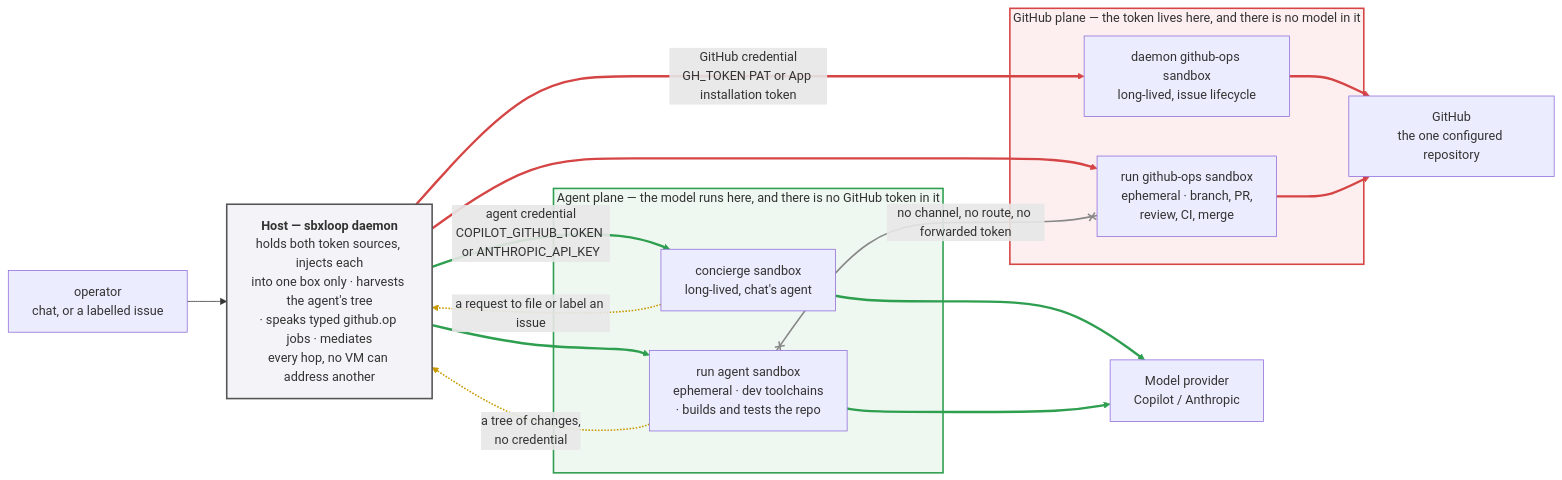
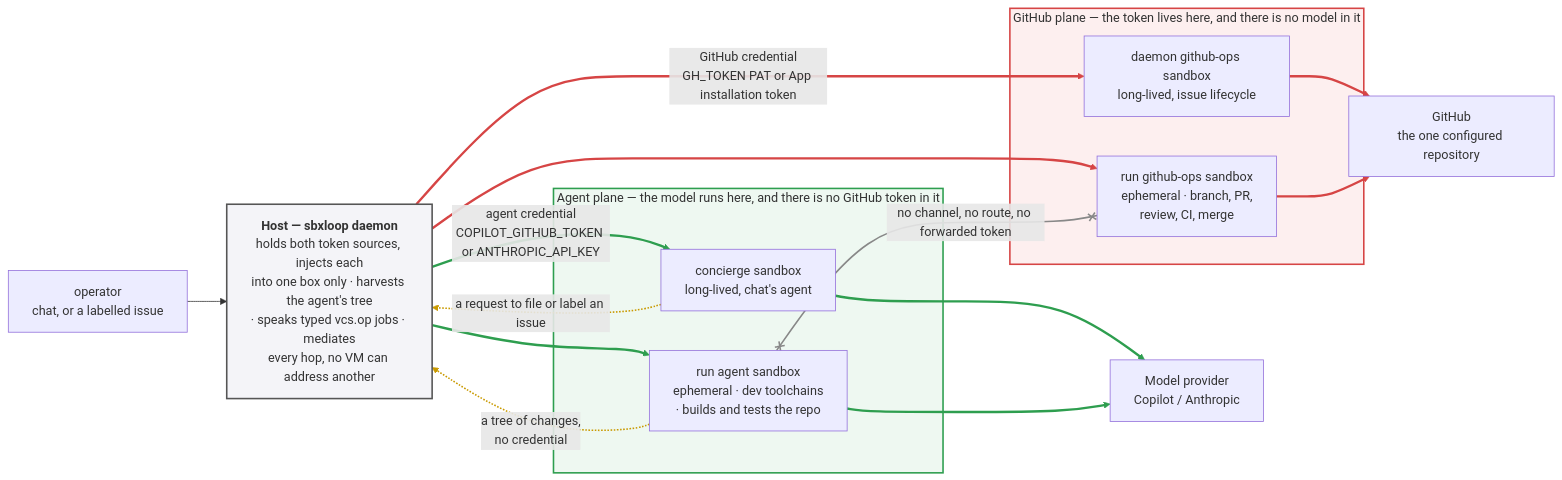
One commit to brettbergin/sbxloop changed the diagram in docs/architecture.md. Above: the diagram before and after it, drawn with Mermaid. The commit also changed other lines of this file and 10 other files, not shown here.

````diff
--- a/docs/architecture.md
+++ b/docs/architecture.md
@@ -114,41 +114,41 @@
 ```mermaid
 flowchart LR
     operator["operator<br/>chat, or a labelled issue"]
 
-    host["<b>Host — sbxloop daemon</b><br/>holds both token sources, injects each<br/>into one box only · harvests the agent's tree<br/>· speaks typed github.op jobs · mediates<br/>every hop, no VM can address another"]
+    host["<b>Host — sbxloop daemon</b><br/>holds both token sources, injects each<br/>into one box only · harvests the agent's tree<br/>· speaks typed vcs.op jobs · mediates<br/>every hop, no VM can address another"]
 
     subgraph green["Agent plane — the model runs here, and there is no GitHub token in it"]
         conc["concierge sandbox<br/>long-lived, chat's agent"]
         agent["run agent sandbox<br/>ephemeral · dev toolchains<br/>· builds and tests the repo"]
     end
 
     subgraph red["GitHub plane — the token lives here, and there is no model in it"]
         dgh["daemon github-ops sandbox<br/>long-lived, issue lifecycle"]
         ghbox["run github-ops sandbox<br/>ephemeral · branch, PR,<br/>review, CI, merge"]
     end
 
     model["Model provider<br/>Copilot / Anthropic"]
     gh["GitHub<br/>the one configured repository"]
 
     operator --> host
     host ==>|"agent credential<br/>COPILOT_GITHUB_TOKEN or ANTHROPIC_API_KEY"| conc
     host ==> agent
     conc ==> model
     agent ==> model
     host ==>|"GitHub credential<br/>GH_TOKEN PAT or App installation token"| dgh
     host ==> ghbox
     dgh ==> gh
     ghbox ==> gh
     agent -.->|"a tree of changes,<br/>no credential"| host
     conc -.->|"a request to file or label an issue"| host
     agent x-- "no channel, no route, no forwarded token" --x ghbox
 
     linkStyle 1,2,3,4 stroke:#2e9e4f,stroke-width:3px
     linkStyle 5,6,7,8 stroke:#d64545,stroke-width:3px
     linkStyle 9,10 stroke:#c99a00,stroke-width:2px
     linkStyle 11 stroke:#888,stroke-width:2px
 
     style green fill:#eef8f1,stroke:#2e9e4f,stroke-width:2px
     style red fill:#fdefef,stroke:#d64545,stroke-width:2px
     style host fill:#f4f4f8,stroke:#555,stroke-width:2px
 ```
````
